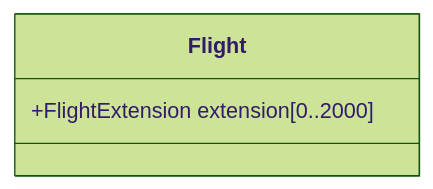
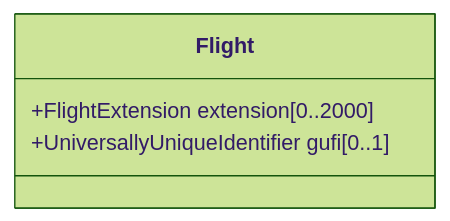
Before and after one commit to du-lapin/test_docsify: the second of 2 diagrams in docs/fixm/FIXM_UML_in_mermaid.md, drawn with Mermaid (forest theme).

````diff
--- a/docs/fixm/FIXM_UML_in_mermaid.md
+++ b/docs/fixm/FIXM_UML_in_mermaid.md
@@ -24,5 +24,6 @@
 ```mermaid
 classDiagram
 class Flight
 Flight : +FlightExtension extension[0..2000]
+Flight : +UniversallyUniqueIdentifier gufi[0..1]
 ```
````
